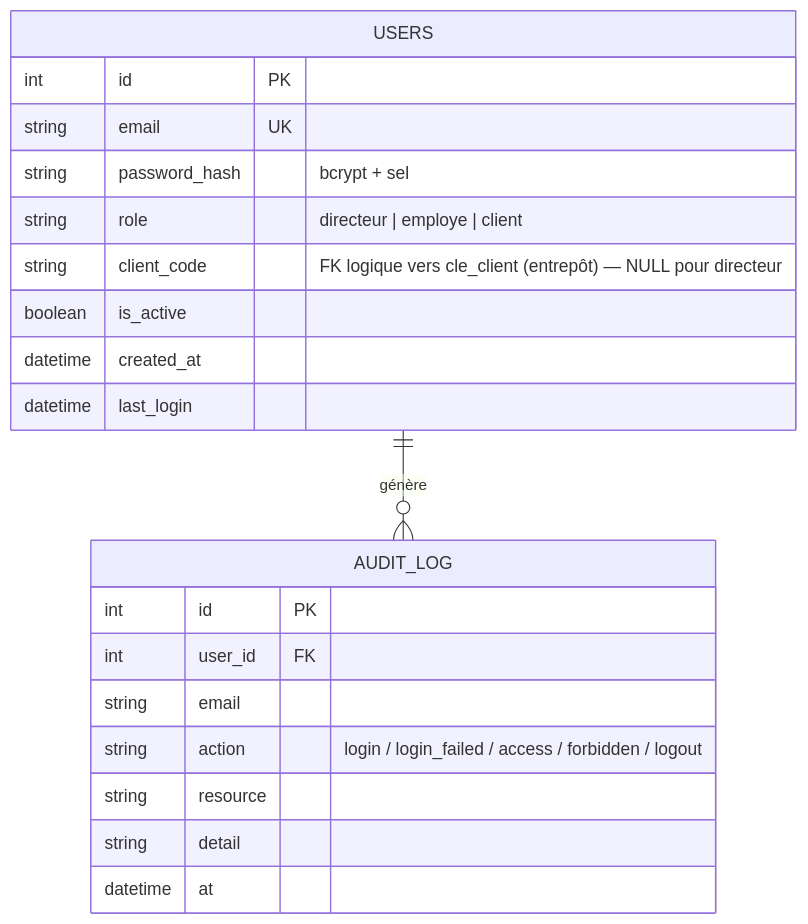
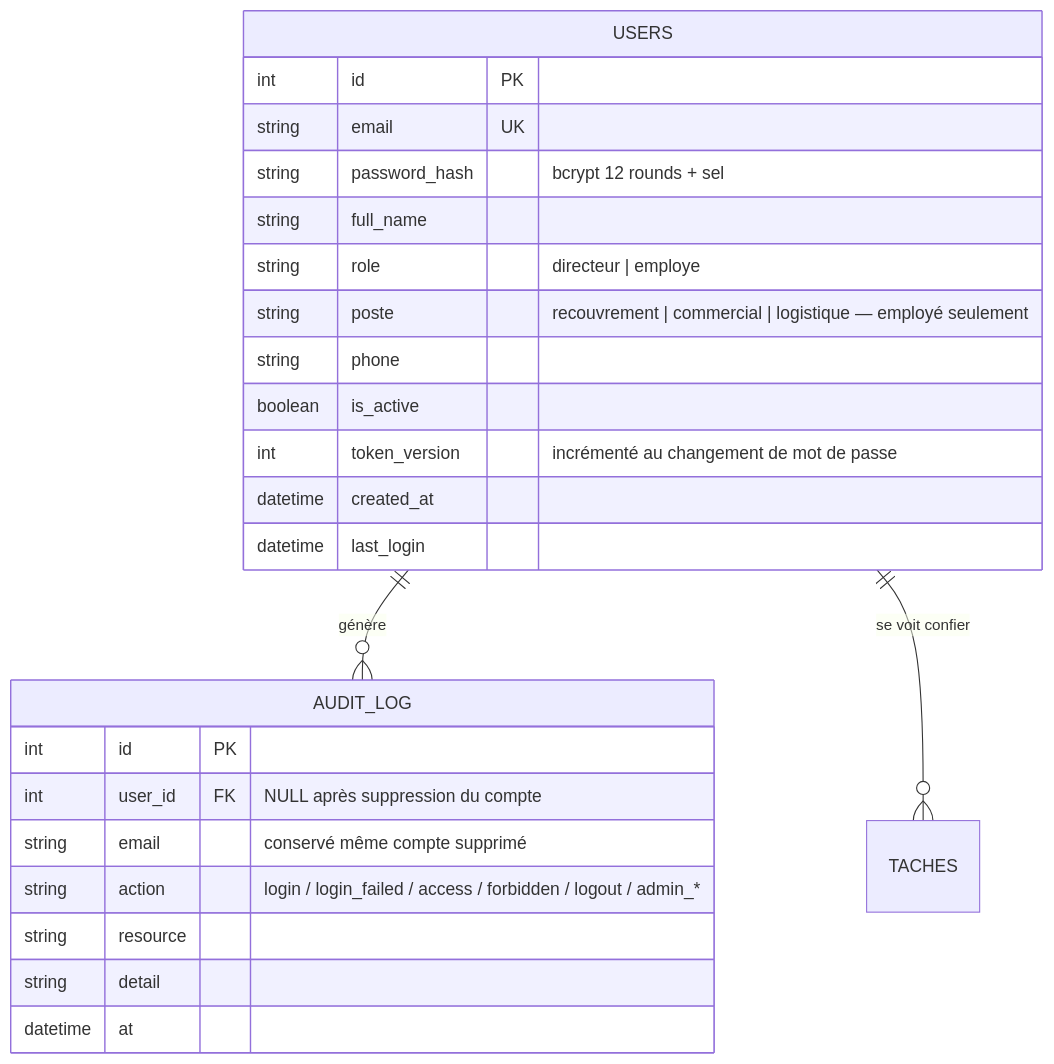
One commit to mahmoodbenhamouda/Decision-Intelligence-Platform changed the diagram in docs/SECURITY.md. Above: the diagram before and after it, drawn with Mermaid. The commit also changed other lines of this file and 358 other files, not shown here.

````diff
--- a/docs/SECURITY.md
+++ b/docs/SECURITY.md
@@ -14,23 +14,27 @@
 ```mermaid
 erDiagram
     USERS ||--o{ AUDIT_LOG : "génère"
+    USERS ||--o{ TACHES : "se voit confier"
     USERS {
         int      id PK
         string   email UK
-        string   password_hash "bcrypt + sel"
-        string   role "directeur | employe | client"
-        string   client_code "FK logique vers cle_client (entrepôt) — NULL pour directeur"
+        string   password_hash "bcrypt 12 rounds + sel"
+        string   full_name
+        string   role "directeur | employe"
+        string   poste "recouvrement | commercial | logistique — employé seulement"
+        string   phone
         boolean  is_active
+        int      token_version "incrémenté au changement de mot de passe"
         datetime created_at
         datetime last_login
     }
     AUDIT_LOG {
         int      id PK
-        int      user_id FK
-        string   email
-        string   action "login / login_failed / access / forbidden / logout"
+        int      user_id FK "NULL après suppression du compte"
+        string   email "conservé même compte supprimé"
+        string   action "login / login_failed / access / forbidden / logout / admin_*"
         string   resource
         string   detail
         datetime at
     }
 ```
````
